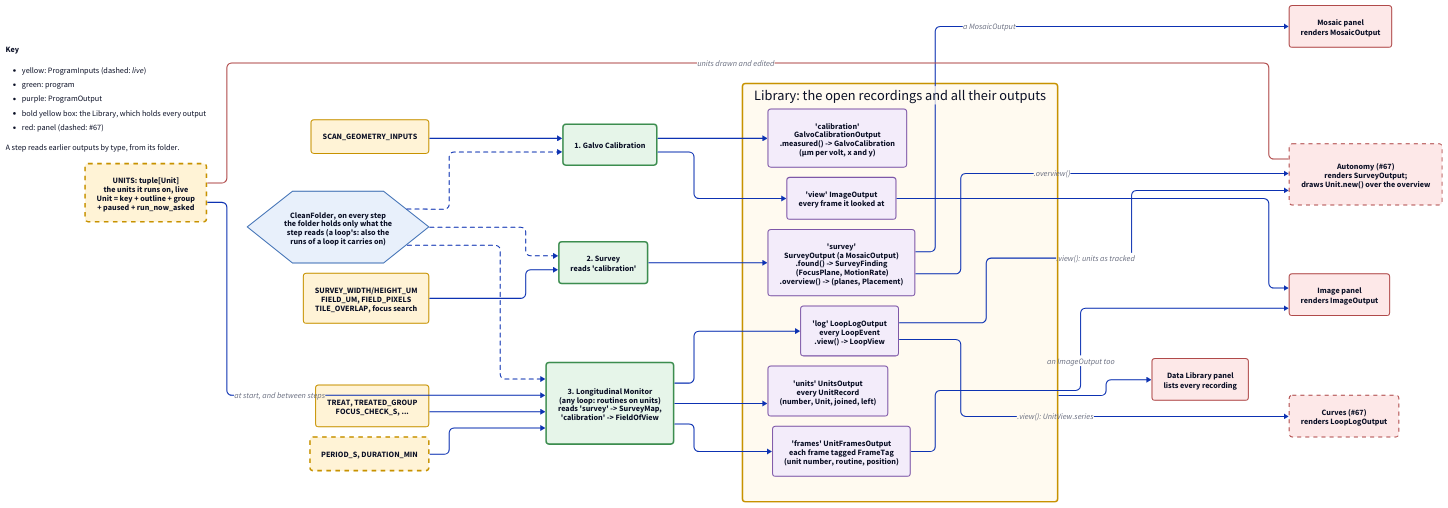
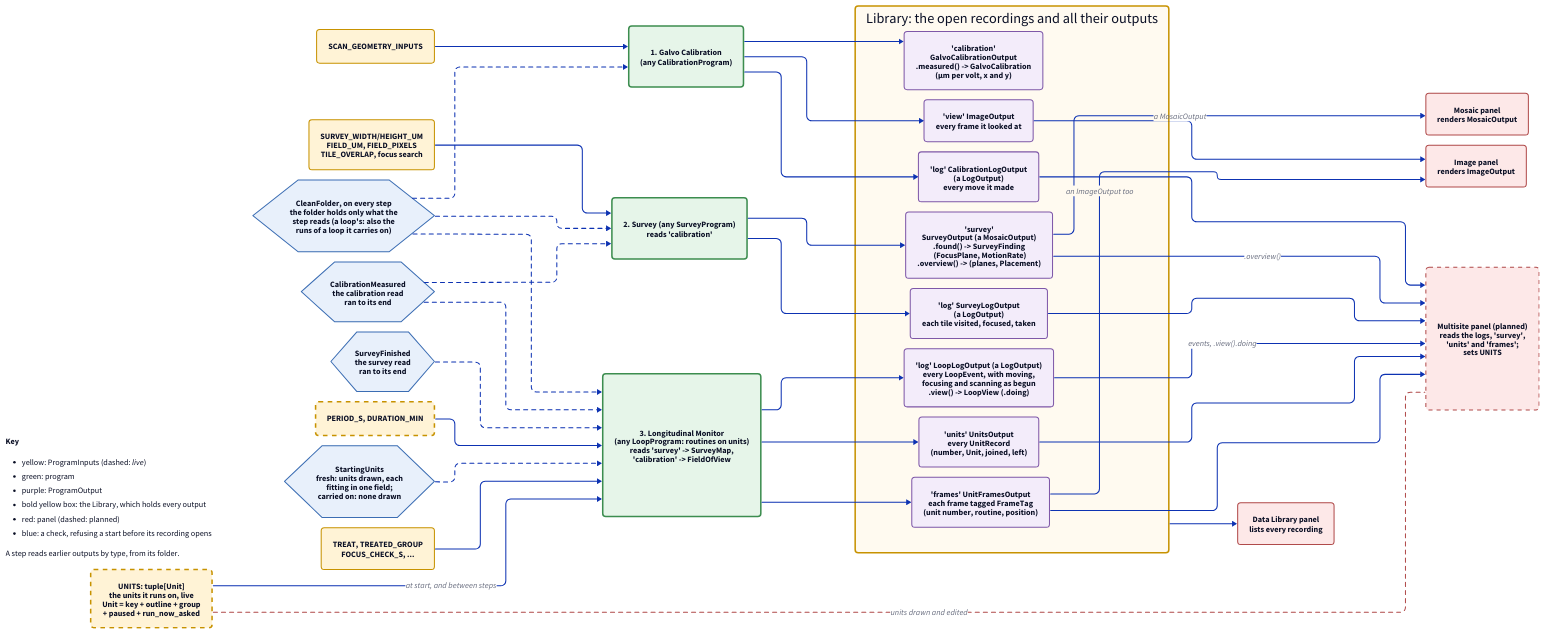
The diagram in docs/diagrams/multisite.d2 (FishyIshyFishy/pyrpoc), drawn with D2 before and after one commit. The commit also changed 35 other files, not shown here.

```diff
--- a/docs/diagrams/multisite.d2
+++ b/docs/diagrams/multisite.d2
@@ -1,89 +1,104 @@
 # Multisite, board 1 of 2: the pipeline. Each step's inputs, the program, the outputs it fills,
 # and what later steps and panels read of them. See multisite_loop.d2 for inside a loop.
 vars: {d2-config: {layout-engine: elk}}
 direction: right
 
 classes: {
   input: {style: {fill: "#fff3d6"; stroke: "#c79200"; border-radius: 6}}
   live: {style: {fill: "#fff3d6"; stroke: "#c79200"; stroke-width: 3; stroke-dash: 3; border-radius: 6}}
   prog: {style: {fill: "#e6f5e9"; stroke: "#3c8d4f"; stroke-width: 3; border-radius: 6}}
   check: {shape: hexagon; style: {fill: "#e8f0fb"; stroke: "#3b6db3"}}
   out: {style: {fill: "#f3ecfa"; stroke: "#7e57a8"; border-radius: 6}}
   panel: {style: {fill: "#fde8e8"; stroke: "#b04a4a"; border-radius: 6}}
   panel_new: {style: {fill: "#fde8e8"; stroke: "#b04a4a"; stroke-dash: 4; border-radius: 6}}
   library: {style: {fill: "#fffaf0"; stroke: "#c79200"; stroke-width: 3; border-radius: 6}}
 }
 
 # A node in the layout rather than pinned to a corner, which reserved a band of empty space.
 key: |md
   **Key**
   - yellow: ProgramInputs (dashed: *live*)
   - green: program
   - purple: ProgramOutput
   - bold yellow box: the Library,
     which holds every output
-  - red: panel (dashed: #67)
+  - red: panel (dashed: planned)
+  - blue: a check, refusing a start
+    before its recording opens
 
   A step reads earlier outputs by type,
   from its folder.
 | {style: {fill: "#ffffff"; stroke: "#bbbbbb"}}
 
 clean: "CleanFolder, on every step\nthe folder holds only what the\nstep reads (a loop's: also the\nruns of a loop it carries on)" {class: check}
 clean -> cal {style.stroke-dash: 4}
 clean -> sur {style.stroke-dash: 4}
 clean -> loop {style.stroke-dash: 4}
+measured: "CalibrationMeasured\nthe calibration read\nran to its end" {class: check}
+measured -> sur {style.stroke-dash: 4}
+measured -> loop {style.stroke-dash: 4}
+finished: "SurveyFinished\nthe survey read\nran to its end" {class: check}
+finished -> loop {style.stroke-dash: 4}
+starting: "StartingUnits\nfresh: units drawn, each\nfitting in one field;\ncarried on: none drawn" {class: check}
+starting -> loop {style.stroke-dash: 4}
 
 # ---------------------------------------------------------------- 1. calibration
 cal_in: "SCAN_GEOMETRY_INPUTS" {class: input}
-cal: "1. Galvo Calibration" {class: prog}
+cal: "1. Galvo Calibration\n(any CalibrationProgram)" {class: prog}
 cal_in -> cal
 cal -> library.calibration
 cal -> library.view
+cal -> library.cal_log
 
 # ---------------------------------------------------------------- 2. survey
 sur_in: "SURVEY_WIDTH/HEIGHT_UM\nFIELD_UM, FIELD_PIXELS\nTILE_OVERLAP, focus search" {class: input}
-sur: "2. Survey\nreads 'calibration'" {class: prog}
+sur: "2. Survey (any SurveyProgram)\nreads 'calibration'" {class: prog}
 sur_in -> sur
 sur -> library.survey
+sur -> library.survey_log
 
 # ---------------------------------------------------------------- 3. loop
 units: "UNITS: tuple[Unit]\nthe units it runs on, live\nUnit = key + outline + group\n+ paused + run_now_asked" {class: live}
 loop_in: "TREAT, TREATED_GROUP\nFOCUS_CHECK_S, ..." {class: input}
 monitor_live: "PERIOD_S, DURATION_MIN" {class: live}
-loop: "3. Longitudinal Monitor\n(any loop: routines on units)\nreads 'survey' -> SurveyMap,\n'calibration' -> FieldOfView" {class: prog}
+loop: "3. Longitudinal Monitor\n(any LoopProgram: routines on units)\nreads 'survey' -> SurveyMap,\n'calibration' -> FieldOfView" {class: prog}
 units -> loop: "at start, and between steps"
 loop_in -> loop
 monitor_live -> loop
 loop -> library.log
 loop -> library.unit_records
 loop -> library.frames
 
 # ---------------------------------------------------------------- the library
 # Every output a program fills is in the library, inside its recording; panels only ever
 # reach an output there, each picking the outputs of the type it renders.
 library: "Library: the open recordings and all their outputs" {
   class: library
   calibration: "'calibration'\nGalvoCalibrationOutput\n.measured() -> GalvoCalibration\n(µm per volt, x and y)" {class: out}
   view: "'view' ImageOutput\nevery frame it looked at" {class: out}
+  cal_log: "'log' CalibrationLogOutput\n(a LogOutput)\nevery move it made" {class: out}
   survey: "'survey'\nSurveyOutput (a MosaicOutput)\n.found() -> SurveyFinding\n  (FocusPlane, MotionRate)\n.overview() -> (planes, Placement)" {class: out}
-  log: "'log' LoopLogOutput\nevery LoopEvent\n.view() -> LoopView" {class: out}
+  survey_log: "'log' SurveyLogOutput\n(a LogOutput)\neach tile visited, focused, taken" {class: out}
+  log: "'log' LoopLogOutput (a LogOutput)\nevery LoopEvent, with moving,\nfocusing and scanning as begun\n.view() -> LoopView (.doing)" {class: out}
   unit_records: "'units' UnitsOutput\nevery UnitRecord\n(number, Unit, joined, left)" {class: out}
   frames: "'frames' UnitFramesOutput\neach frame tagged FrameTag\n(unit number, routine, position)" {class: out}
 }
 
 # ---------------------------------------------------------------- panels
 image: "Image panel\nrenders ImageOutput" {class: panel}
 mosaic: "Mosaic panel\nrenders MosaicOutput" {class: panel}
 data_library: "Data Library panel\nlists every recording" {class: panel}
-autonomy: "Autonomy (#67)\nrenders SurveyOutput;\ndraws Unit.new() over the overview" {class: panel_new}
-curves: "Curves (#67)\nrenders LoopLogOutput" {class: panel_new}
+multisite_panel: "Multisite panel (planned)\nreads the logs, 'survey',\n'units' and 'frames';\nsets UNITS" {class: panel_new}
 library.view -> image
 library.frames -> image: "an ImageOutput too"
 library.survey -> mosaic: "a MosaicOutput"
-library.survey -> autonomy: ".overview()"
-library.log -> autonomy: ".view(): units as tracked"
-library.log -> curves: ".view(): UnitView.series"
+library.survey -> multisite_panel: ".overview()"
+library.cal_log -> multisite_panel
+library.survey_log -> multisite_panel
+library.log -> multisite_panel: "events, .view().doing"
+library.unit_records -> multisite_panel
+library.frames -> multisite_panel
 library -> data_library
 
-# What the Autonomy panel sends back: the units, before and while a loop runs.
-units -- autonomy: "units drawn and edited" {source-arrowhead.shape: triangle; style.stroke: "#b04a4a"}
+# What the multisite panel will send back: the units, before and while a loop runs.
+units -- multisite_panel: "units drawn and edited" {source-arrowhead.shape: triangle; style.stroke: "#b04a4a"; style.stroke-dash: 4}
```
